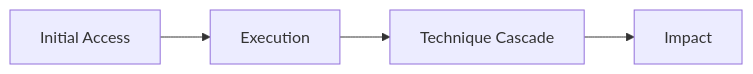
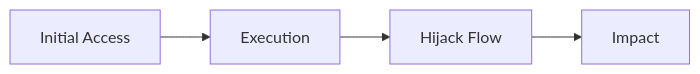
One commit to Danus365/redteam_playbook changed the diagram in docs/ai-red-team-in-practice/recon.md. Above: the diagram before and after it, drawn with Mermaid. The commit also changed other lines of this file and 3 other files, not shown here.

Commit message:
updated hijack flow

````diff
--- a/docs/ai-red-team-in-practice/recon.md
+++ b/docs/ai-red-team-in-practice/recon.md
@@ -22,6 +22,6 @@
 ```mermaid
 flowchart LR
     IA["Initial Access"] --> EX["Execution"]
-    EX --> TC["Technique Cascade"]
+    EX --> TC["Hijack Flow"]
     TC --> IM["Impact"]
 ```
````
